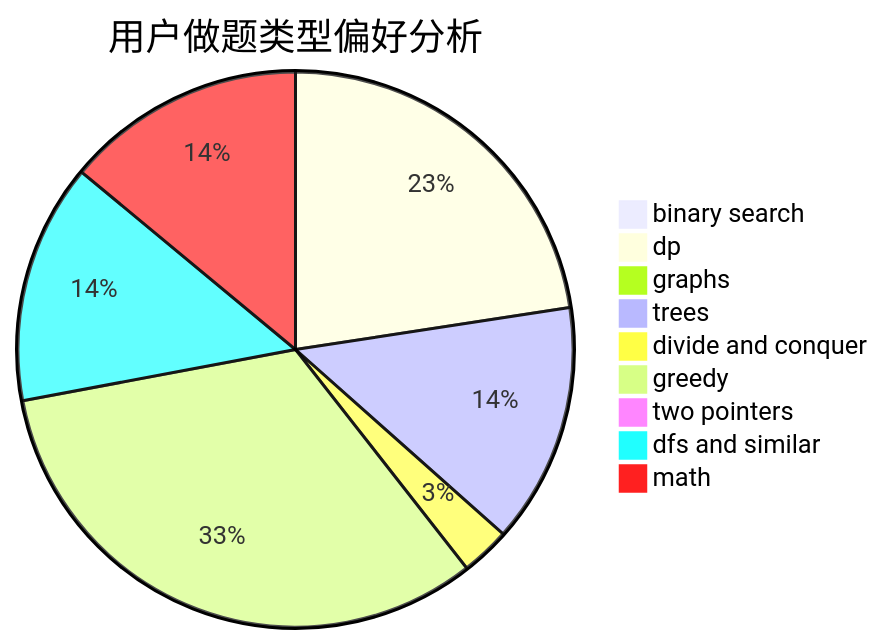
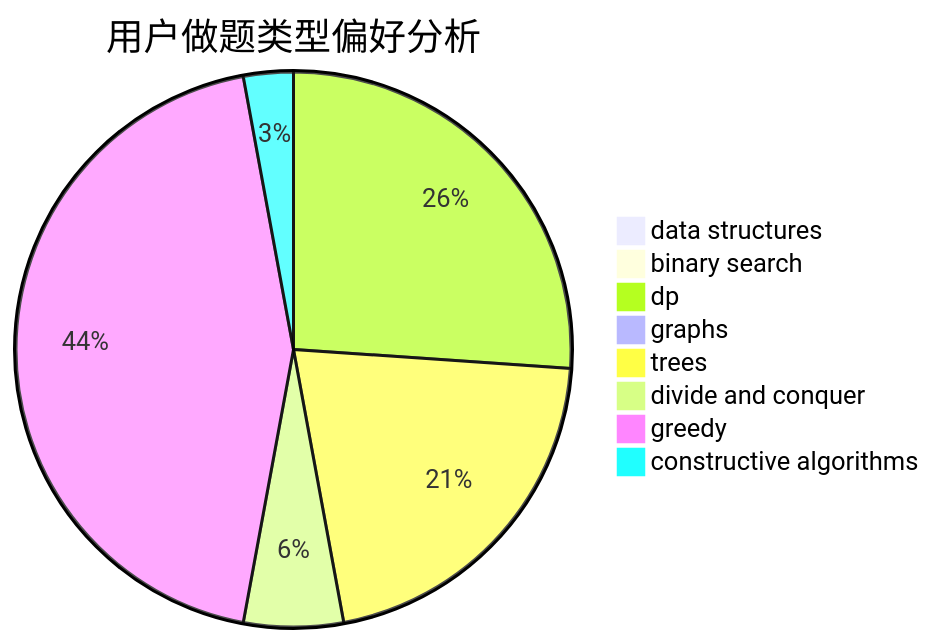
Before and after one commit to sherpahu/cfrs.github.io: the second of 3 diagrams in docs/user/u1381.md, drawn with Mermaid. The commit also changed other lines of this file and 2775 other files, not shown here.

````diff
--- a/docs/user/u1381.md
+++ b/docs/user/u1381.md
@@ -23,12 +23,11 @@
 ```mermaid
 pie title 用户做题类型偏好分析
+    "data structures" :  0
     "binary search" :  0
-    "dp" :  63
+    "dp" :  36
     "graphs" :  0
-    "trees" :  39
+    "trees" :  29
     "divide and conquer" :  8
-    "greedy" :  91
-    "two pointers" :  0
-    "dfs and similar" :  39
-    "math" :  39
+    "greedy" :  61
+    "constructive algorithms" :  4
 ```
````
